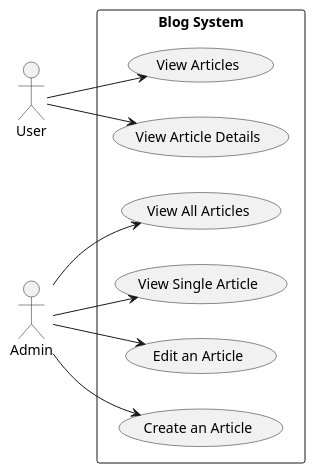
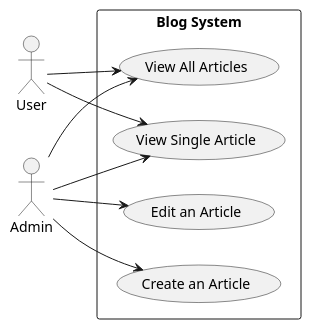
One commit to Suirita/13.Eloquence_advanced changed the diagram in Analyse/Use_case.puml. Above: the diagram before and after it, drawn with PlantUML. The commit also changed 9 other files, not shown here.

```diff
--- a/Analyse/Use_case.puml
+++ b/Analyse/Use_case.puml
@@ -1,24 +1,22 @@
 @startuml
 
 left to right direction
 actor User as user
 actor Admin as admin
 
 rectangle "Blog System" {
-    usecase "View Articles" as UC_Home
-    usecase "View Article Details" as UC_Details
-    usecase "View All Articles" as UC_Dashboard
+    usecase "View All Articles" as UC_ViewArticles
     usecase "View Single Article" as UC_ViewArticle
     usecase "Edit an Article" as UC_EditArticle
     usecase "Create an Article" as UC_CreateArticle
 }
 
-user --> UC_Home
-user --> UC_Details
+user --> UC_ViewArticles
+user --> UC_ViewArticle
 
-admin --> UC_Dashboard
+admin --> UC_ViewArticles
 admin --> UC_ViewArticle
 admin --> UC_EditArticle
 admin --> UC_CreateArticle
 
 @enduml
```
